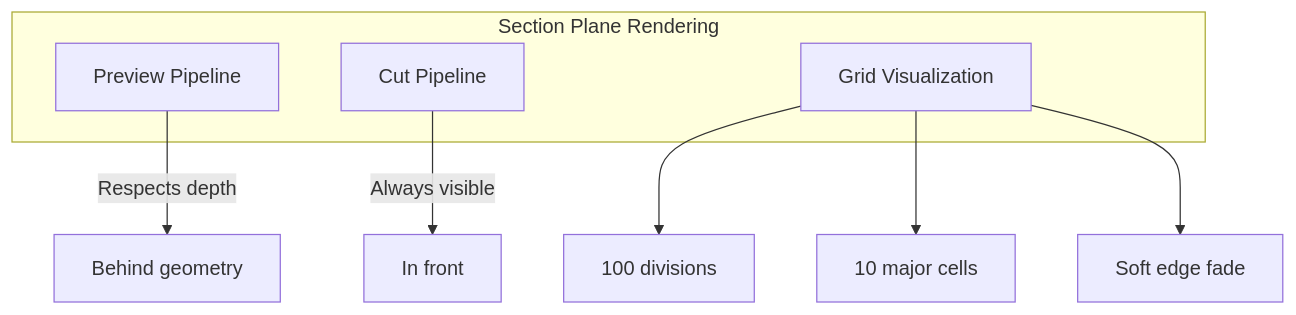
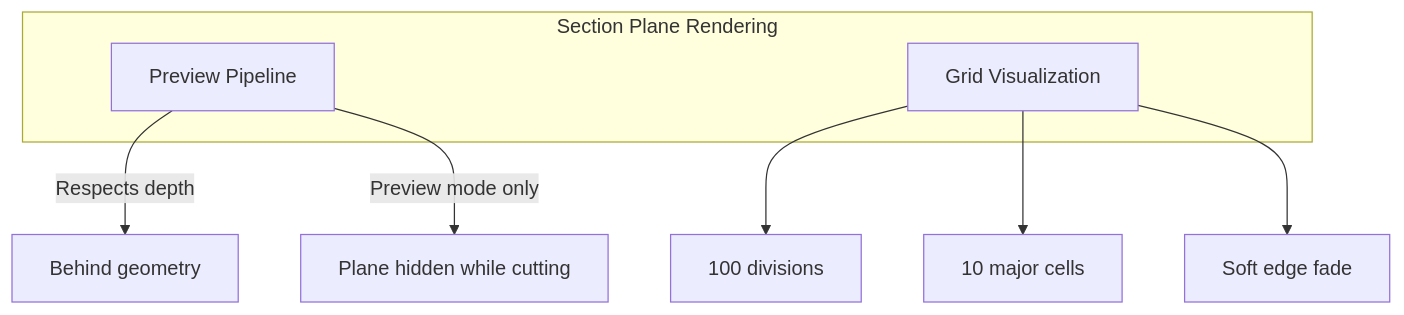
The second of 2 diagrams in docs/guide/rendering.md (LTplus-AG/ifc-lite), drawn with Mermaid before and after one commit. The commit also changed other lines of this file and 99 other files, not shown here.

````diff
--- a/docs/guide/rendering.md
+++ b/docs/guide/rendering.md
@@ -338,14 +356,13 @@
 ```mermaid
 graph TD
     subgraph SectionPlane["Section Plane Rendering"]
         Preview["Preview Pipeline"]
-        Cut["Cut Pipeline"]
         Grid["Grid Visualization"]
     end
 
     Preview -->|"Respects depth"| Behind["Behind geometry"]
-    Cut -->|"Always visible"| Front["In front"]
+    Preview -->|"Preview mode only"| Hidden["Plane hidden while cutting"]
     Grid --> Minor["100 divisions"]
     Grid --> Major["10 major cells"]
     Grid --> Edge["Soft edge fade"]
 ```
````
